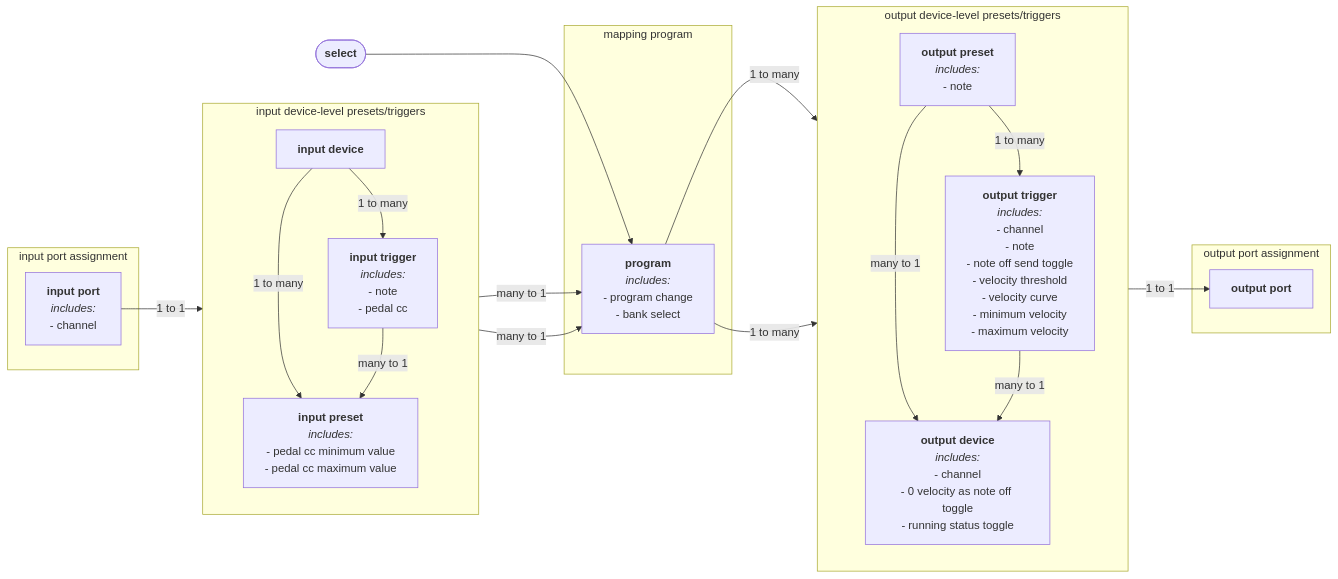
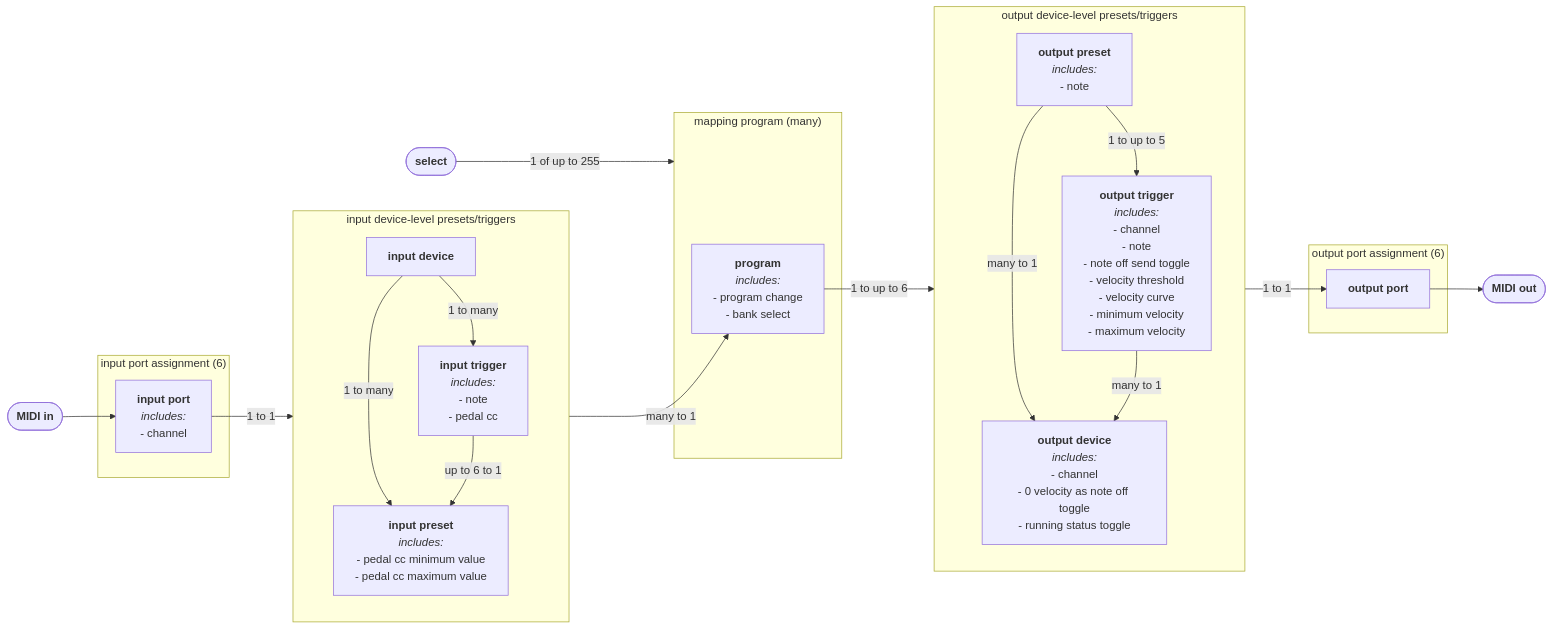
Before and after one commit to HLammers/cybo-drummer: the diagram in README.md, drawn with Mermaid. The commit also changed other lines of this file, not shown here.

````diff
--- a/README.md
+++ b/README.md
@@ -27,56 +19,53 @@
 ```mermaid
 graph LR
-    SEL(["`**select**`"])-->PROG
-    subgraph input port assignment
+    subgraph IP["`input port assignment (6)`"]
         IPORT["`**input port**
         _includes:_
         - channel`"]
     end
-    IPORT-->|1 to 1|IDEV
-    subgraph input device-level presets/triggers
+    subgraph IDEF[input device-level presets/triggers]
         direction TB
         IDEV-->|1 to many|ITRIG["`**input trigger**
         _includes:_
         - note
         - pedal cc`"]
         IDEV["`**input device**`"]-->|1 to many|IPRES
-        ITRIG-->|many to 1|IPRES["`**input preset**
-    _includes:_
-    - pedal cc minimum value
-    - pedal cc maximum value`"]
+        ITRIG-->|up to 6 to 1|IPRES["`**input preset**
+        _includes:_
+        - pedal cc minimum value
+        - pedal cc maximum value`"]
     end
-    IDEV-->|many to 1|PROG
-    IPRES-->|many to 1|PROG
-    subgraph mapping program
+    subgraph PR["`mapping program (many)`"]
         PROG["`**program**
-    _includes:_
-    - program change
-    - bank select`"]
+        _includes:_
+        - program change
+        - bank select`"]
     end
-    PROG-->|1 to many|ODEV
-    PROG-->|1 to many|OPRES
-    subgraph output device-level presets/triggers
+    subgraph ODEF[output device-level presets/triggers]
         direction TB
         OPRES-->|many to 1|ODEV["`**output device**
         _includes:_
         - channel
         - 0 velocity as note off toggle
         - running status toggle`"]
         OPRES["`**output preset**
         _includes:_
-        - note`"]-->|1 to many|OTRIG
-        OTRIG["`**output trigger**
+        - note`"]-->|1 to up to 5|OTRIG["`**output trigger**
         _includes:_
         - channel
         - note
         - note off send toggle
         - velocity threshold
         - velocity curve
         - minimum velocity
         - maximum velocity`"]-->|many to 1|ODEV
     end
-    ODEV-->|1 to 1|OPORT
-    subgraph output port assignment
+    subgraph OP["`output port assignment (6)`"]
         OPORT["`**output port**`"]
     end
+    SEL(["`**select**`"])-->|1 of up to 255|PR
+    IMIDI(["`**MIDI in**`"])-->IPORT-->|1 to 1|IDEV
+    IDEF-->|many to 1|PROG
+    PROG-->|1 to up to 6|ODEF
+    ODEV-->|1 to 1|OPORT-->OMIDI(["`**MIDI out**`"])
 ```
````
